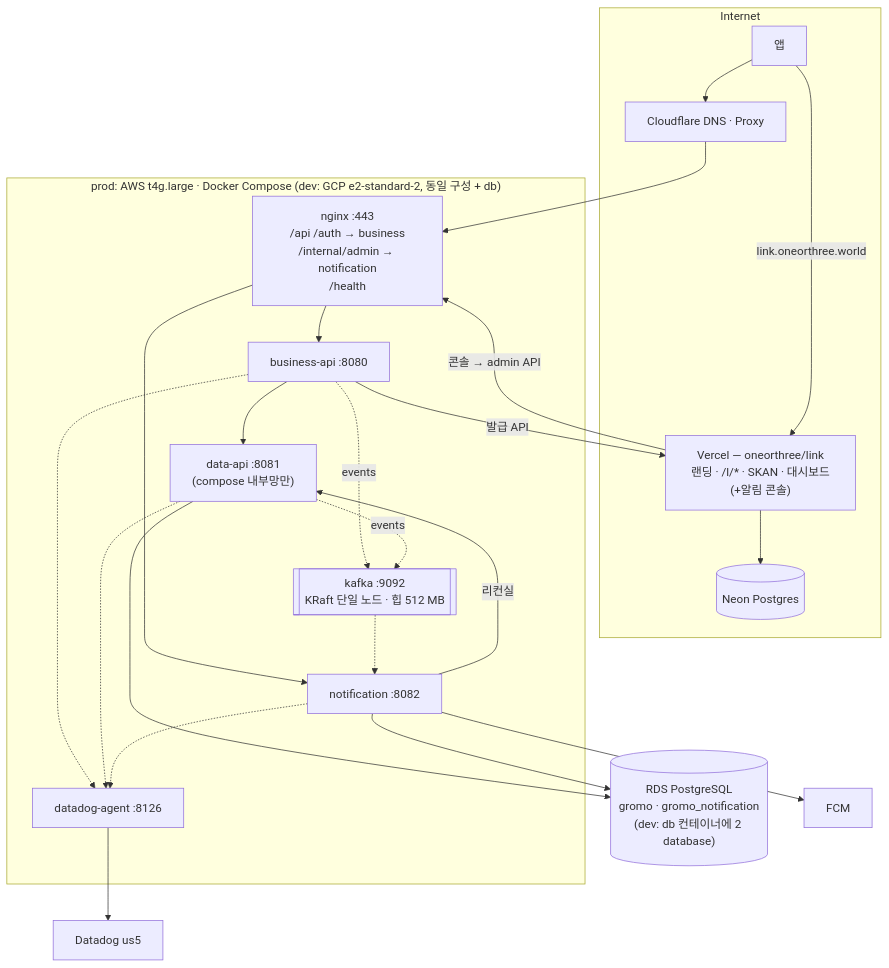
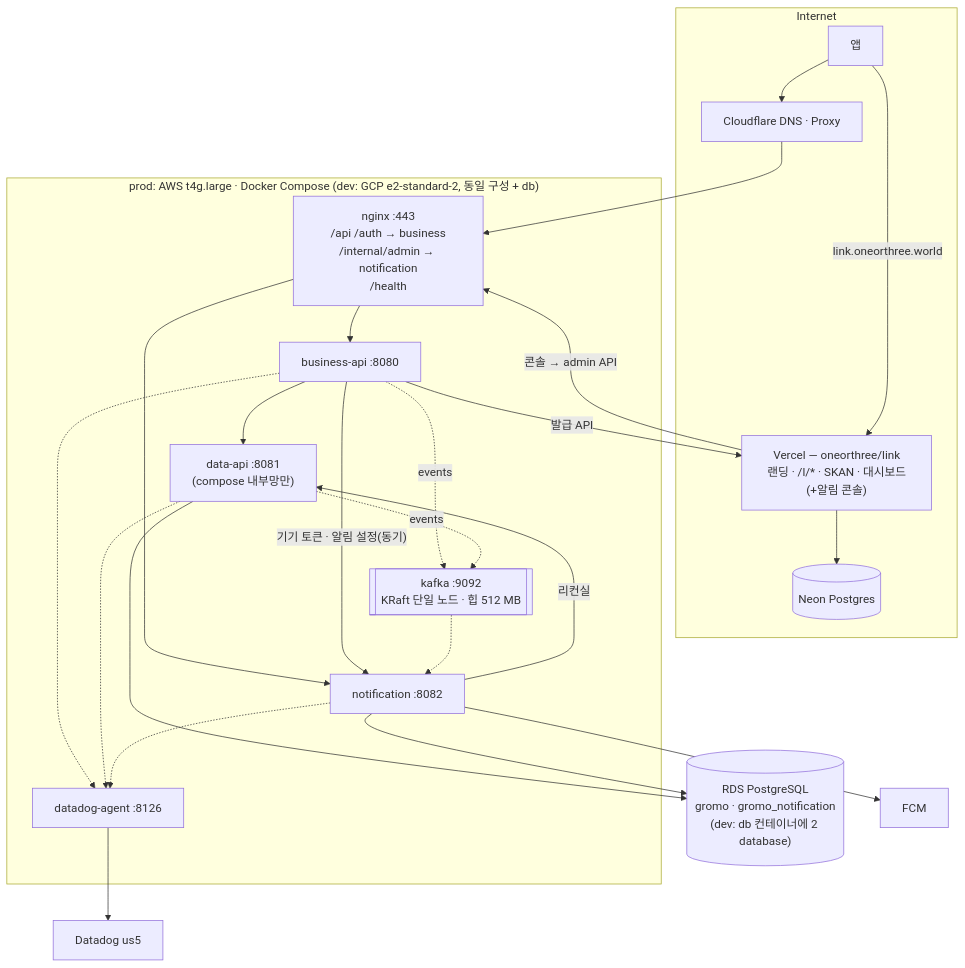
Before and after one commit to OneOrThree/phone: the diagram in docs/architecture/system-architecture.md, drawn with Mermaid. The commit also changed other lines of this file and 3 other files, not shown here.

````diff
--- a/docs/architecture/system-architecture.md
+++ b/docs/architecture/system-architecture.md
@@ -16,36 +16,37 @@
 ```mermaid
 flowchart TB
   subgraph Internet
     APPc["앱"]
     CF["Cloudflare DNS · Proxy"]
     VERCEL["Vercel — oneorthree/link<br/>랜딩 · /l/* · SKAN · 대시보드(+알림 콘솔)"]
     NEON[("Neon Postgres")]
   end
   subgraph VM["prod: AWS t4g.large · Docker Compose (dev: GCP e2-standard-2, 동일 구성 + db)"]
     NX["nginx :443<br/>/api /auth → business<br/>/internal/admin → notification<br/>/health"]
     BIZ["business-api :8080"]
     DATA["data-api :8081<br/>(compose 내부망만)"]
     NS["notification :8082"]
     KF[["kafka :9092<br/>KRaft 단일 노드 · 힙 512 MB"]]
     DDA["datadog-agent :8126"]
   end
   RDS[("RDS PostgreSQL<br/>gromo · gromo_notification<br/>(dev: db 컨테이너에 2 database)")]
   FCM["FCM"]
   DD["Datadog us5"]
 
   APPc --> CF --> NX
   APPc -->|"link.oneorthree.world"| VERCEL --> NEON
   NX --> BIZ
   NX --> NS
   BIZ --> DATA
+  BIZ -->|"기기 토큰 · 알림 설정(동기)"| NS
   BIZ -.->|"events"| KF
   DATA -.->|"events"| KF
   KF -.-> NS
   NS -->|"리컨실"| DATA
   BIZ -->|"발급 API"| VERCEL
   VERCEL -->|"콘솔 → admin API"| NX
   DATA --> RDS
   NS --> RDS
   NS --> FCM
   BIZ & DATA & NS -.-> DDA --> DD
 ```
````
